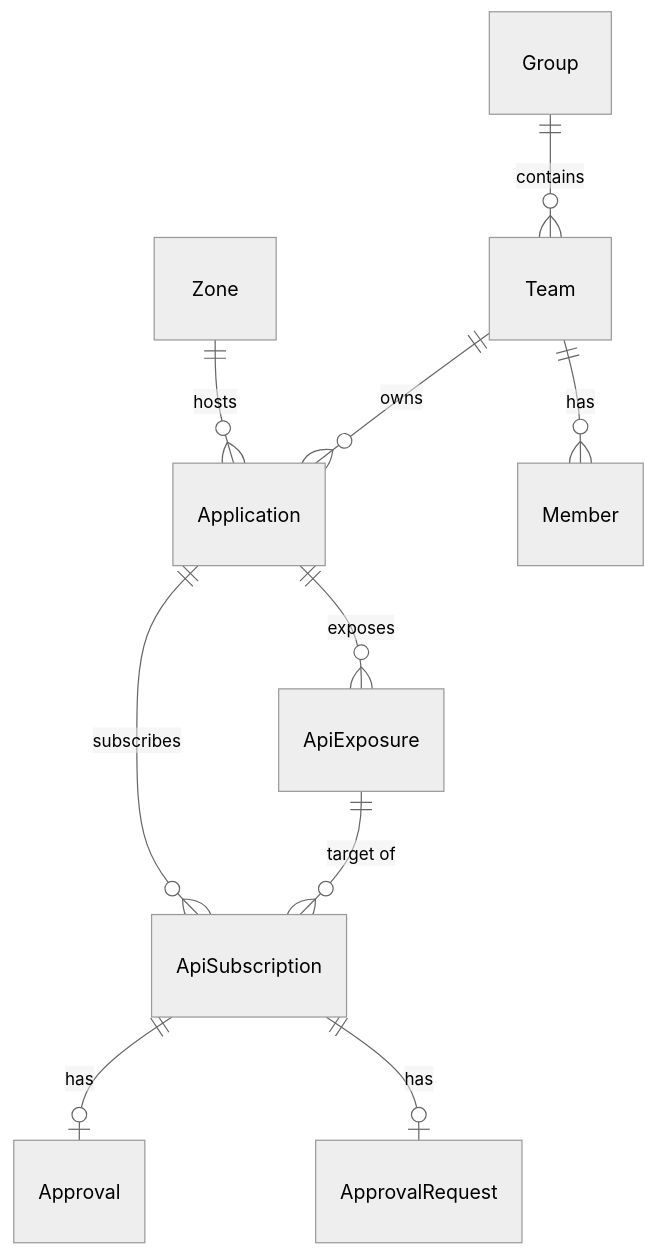
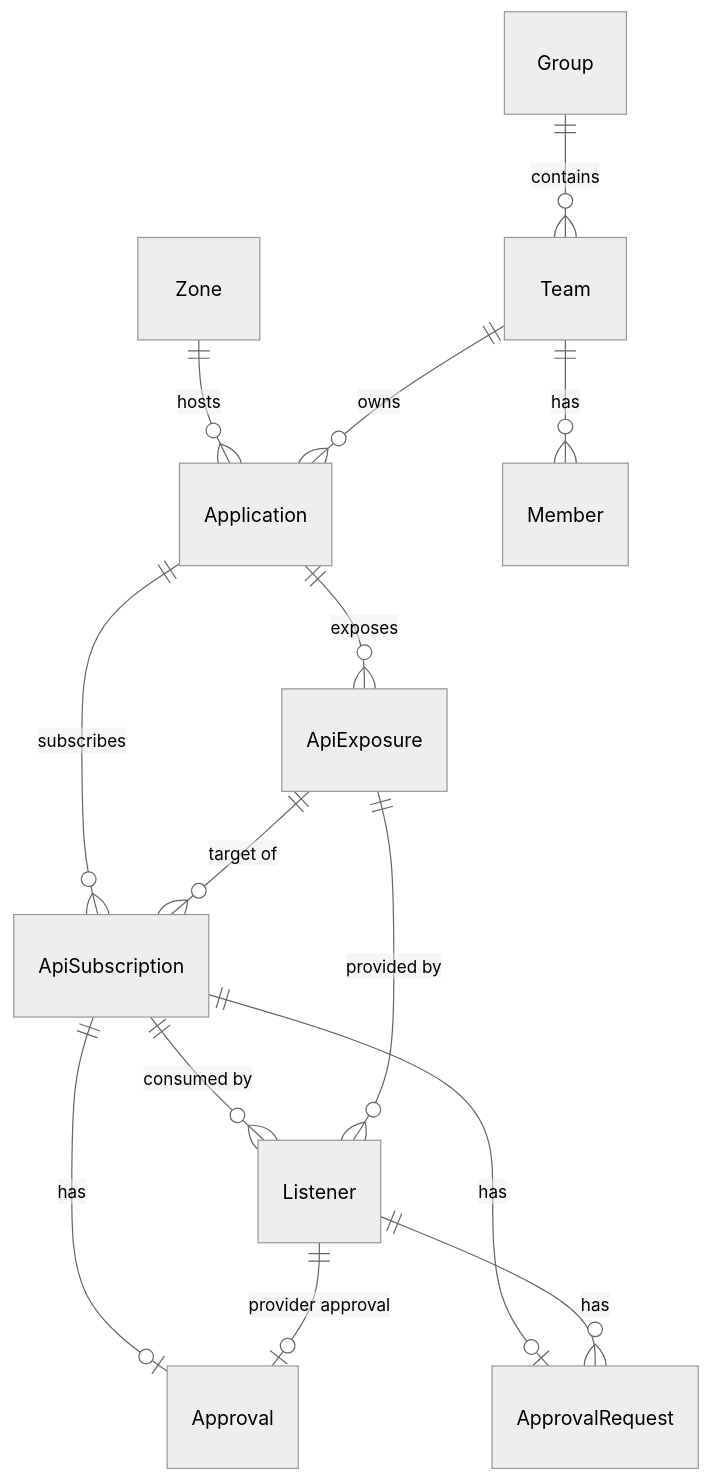
The third of 3 diagrams in docs/docs/architecture/controlplane-api.mdx (telekom/controlplane), drawn with Mermaid (neutral theme) before and after one commit. The commit also changed other lines of this file and 71 other files, not shown here.

````diff
--- a/docs/docs/architecture/controlplane-api.mdx
+++ b/docs/docs/architecture/controlplane-api.mdx
@@ -112,12 +112,16 @@
 ```mermaid
 erDiagram
     Zone ||--o{ Application : "hosts"
     Group ||--o{ Team : "contains"
     Team ||--o{ Application : "owns"
     Team ||--o{ Member : "has"
     Application ||--o{ ApiExposure : "exposes"
     Application ||--o{ ApiSubscription : "subscribes"
     ApiExposure ||--o{ ApiSubscription : "target of"
     ApiSubscription ||--o| Approval : "has"
     ApiSubscription ||--o| ApprovalRequest : "has"
+    ApiSubscription ||--o{ Listener : "consumed by"
+    ApiExposure ||--o{ Listener : "provided by"
+    Listener ||--o| Approval : "provider approval"
+    Listener ||--o{ ApprovalRequest : "has"
 ```
````
